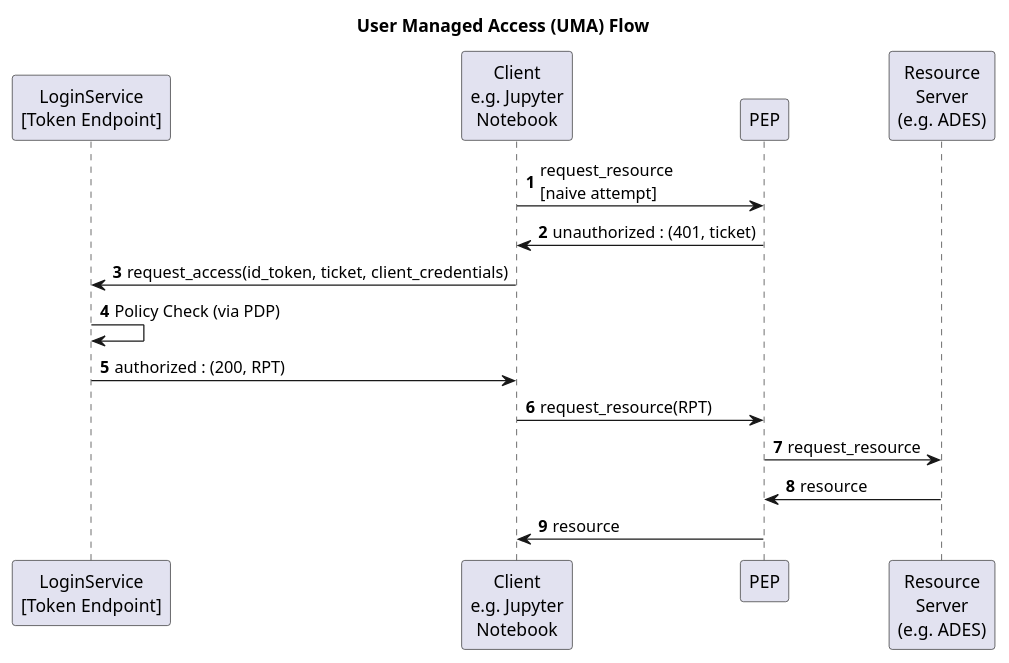
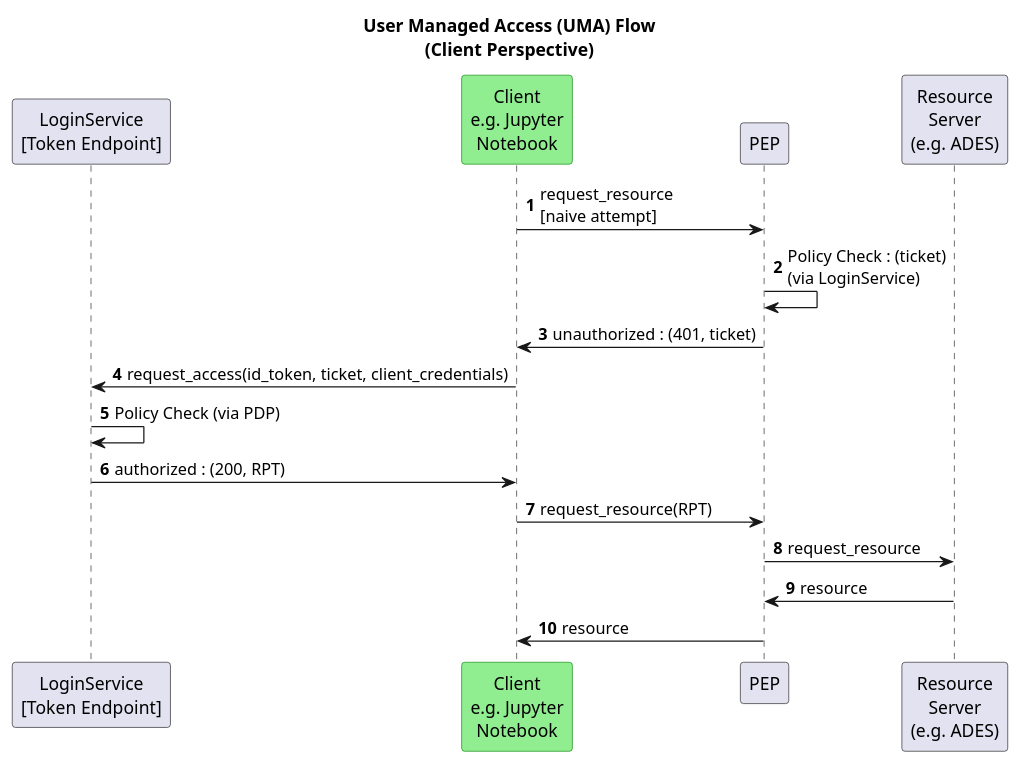
One commit to EOEPCA/eoepca changed the diagram in technical/user-management/seq-uma-flow.puml. Above: the diagram before and after it, drawn with PlantUML. The commit also changed 1 other file, not shown here.

Commit message:
Emphasise client in UMA flow sequence

```diff
--- a/technical/user-management/seq-uma-flow.puml
+++ b/technical/user-management/seq-uma-flow.puml
@@ -1,20 +1,28 @@
 @startuml
-title User Managed Access (UMA) Flow
+title User Managed Access (UMA) Flow\n(Client Perspective)
+
+hide stereotype
+
+skinparam participant<<client>> {
+  BackgroundColor LightGreen
+  BorderColor Green
+}
 
 participant "LoginService\n[Token Endpoint]" as login order 5
-participant "Client\ne.g. Jupyter\nNotebook" as client order 10
+participant "Client\ne.g. Jupyter\nNotebook" as client<<client>> order 10
 participant PEP as pep order 30
 participant "Resource\nServer\n(e.g. ADES)" as resource order 40
 
 autonumber
 client -> pep : request_resource\n[naive attempt]
+pep -> pep : Policy Check : (ticket)\n(via LoginService)
 client <- pep : unauthorized : (401, ticket)
 login <- client : request_access(id_token, ticket, client_credentials)
 login -> login : Policy Check (via PDP)
 login -> client : authorized : (200, RPT)
 client -> pep : request_resource(RPT)
 pep -> resource : request_resource
 pep <- resource : resource
 client <- pep : resource
 
 @enduml
```
